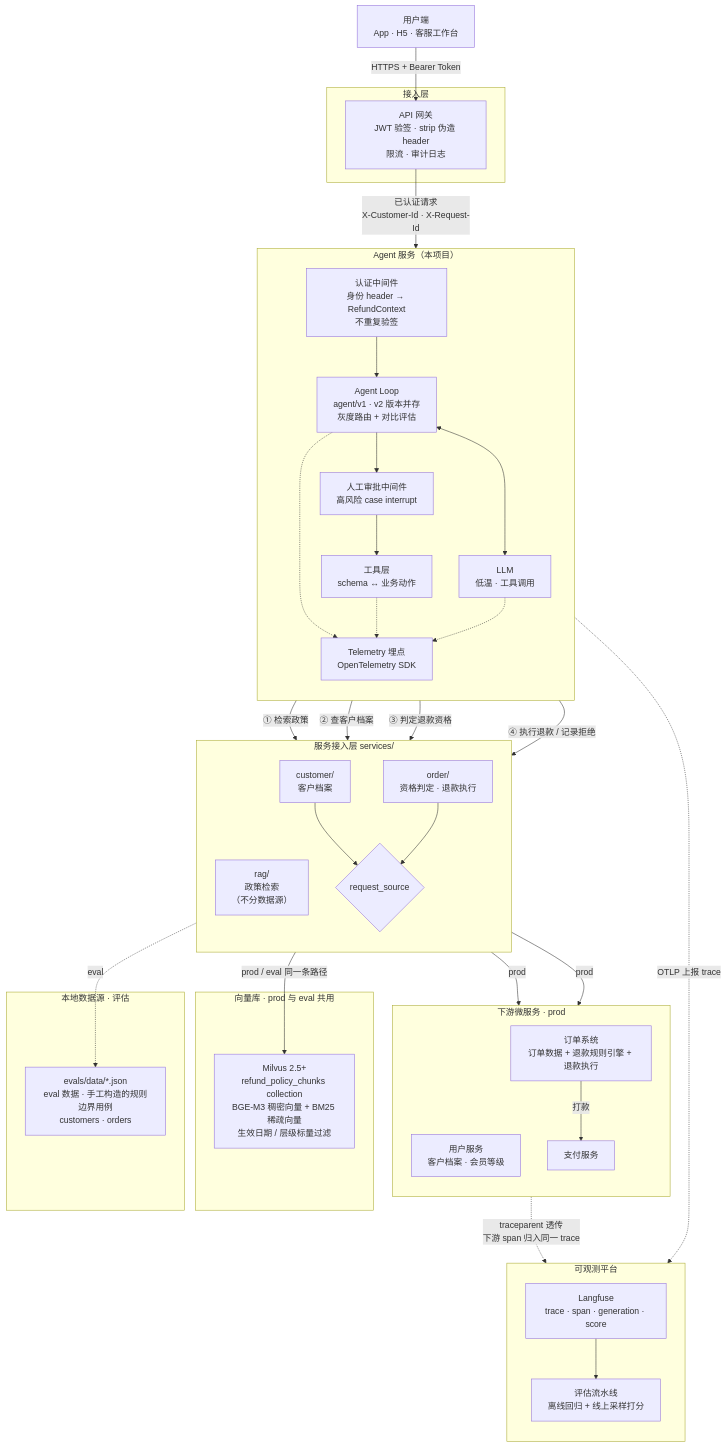
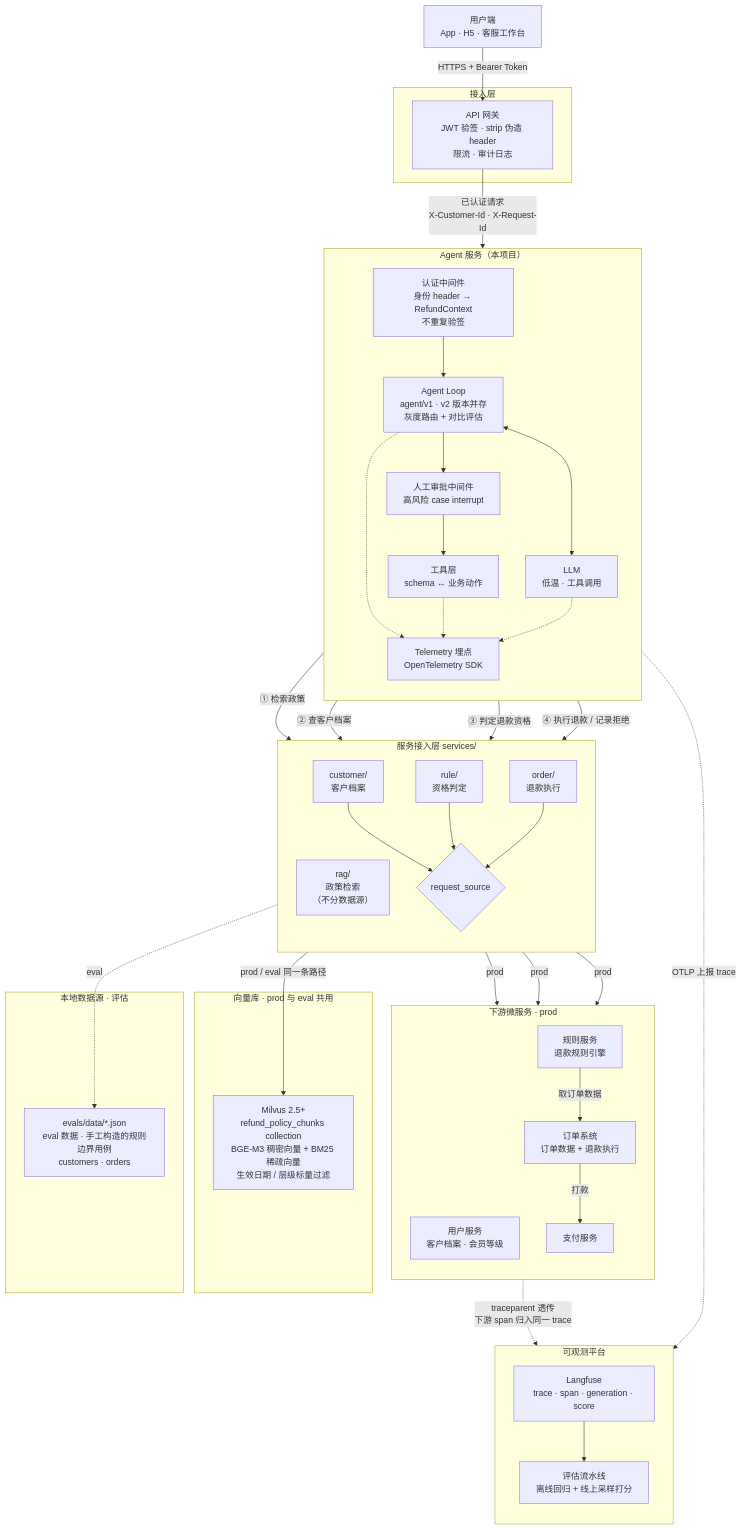
One commit to tiltwind/refund-agent changed the first of 2 diagrams in doc/get-start/1-architecture.md. Above: the diagram before and after it, drawn with Mermaid. The commit also changed other lines of this file and 15 other files, not shown here.

````diff
--- a/doc/get-start/1-architecture.md
+++ b/doc/get-start/1-architecture.md
@@ -9,75 +9,80 @@
 ```mermaid
 flowchart TD
     Client["用户端<br/>App · H5 · 客服工作台"]
 
     subgraph Edge["接入层"]
         GW["API 网关<br/>JWT 验签 · strip 伪造 header<br/>限流 · 审计日志"]
     end
 
     subgraph AgentSvc["Agent 服务（本项目）"]
         direction TB
         Ctx["认证中间件<br/>身份 header → RefundContext<br/>不重复验签"]
         Loop["Agent Loop<br/>agent/v1 · v2 版本并存<br/>灰度路由 + 对比评估"]
         LLM["LLM<br/>低温 · 工具调用"]
         Tools["工具层<br/>schema ↔ 业务动作"]
         HITL["人工审批中间件<br/>高风险 case interrupt"]
         TEL["Telemetry 埋点<br/>OpenTelemetry SDK"]
 
         Ctx --> Loop
         Loop <--> LLM
         Loop --> HITL
         HITL --> Tools
         Loop -.-> TEL
         Tools -.-> TEL
         LLM -.-> TEL
     end
 
     subgraph SvcLayer["服务接入层 services/"]
         direction TB
         SR["rag/<br/>政策检索<br/>（不分数据源）"]
         SC["customer/<br/>客户档案"]
-        SO["order/<br/>资格判定 · 退款执行"]
+        SU["rule/<br/>资格判定"]
+        SO["order/<br/>退款执行"]
         SRC{"request_source"}
         SC --> SRC
+        SU --> SRC
         SO --> SRC
     end
 
     subgraph VectorDB["向量库 · prod 与 eval 共用"]
         KB["Milvus 2.5+<br/>refund_policy_chunks collection<br/>BGE-M3 稠密向量 + BM25 稀疏向量<br/>生效日期 / 层级标量过滤"]
     end
 
     subgraph Downstream["下游微服务 · prod"]
         direction TB
         USER["用户服务<br/>客户档案 · 会员等级"]
-        ORDER["订单系统<br/>订单数据 + 退款规则引擎 + 退款执行"]
+        RULE["规则服务<br/>退款规则引擎"]
+        ORDER["订单系统<br/>订单数据 + 退款执行"]
         PAY["支付服务"]
     end
 
     subgraph LocalData["本地数据源 · 评估"]
         FIX["evals/data/*.json<br/>eval 数据 · 手工构造的规则边界用例<br/>customers · orders"]
     end
 
     Client -->|"HTTPS + Bearer Token"| GW
     GW -->|"已认证请求<br/>X-Customer-Id · X-Request-Id"| Ctx
 
     Tools -->|"① 检索政策"| SR
     Tools -->|"② 查客户档案"| SC
-    Tools -->|"③ 判定退款资格"| SO
+    Tools -->|"③ 判定退款资格"| SU
     Tools -->|"④ 执行退款 / 记录拒绝"| SO
 
     SR -->|"prod / eval 同一条路径"| KB
     SRC -->|"prod"| USER
+    SRC -->|"prod"| RULE
     SRC -->|"prod"| ORDER
     SRC -.->|"eval"| FIX
+    RULE -->|"取订单数据"| ORDER
     ORDER -->|"打款"| PAY
 
     subgraph Obs["可观测平台"]
         direction TB
         LF["Langfuse<br/>trace · span · generation · score"]
         EVAL["评估流水线<br/>离线回归 + 线上采样打分"]
         LF --> EVAL
     end
 
     TEL -.->|"OTLP 上报 trace"| LF
     Downstream -.->|"traceparent 透传<br/>下游 span 归入同一 trace"| LF
 ```
````
